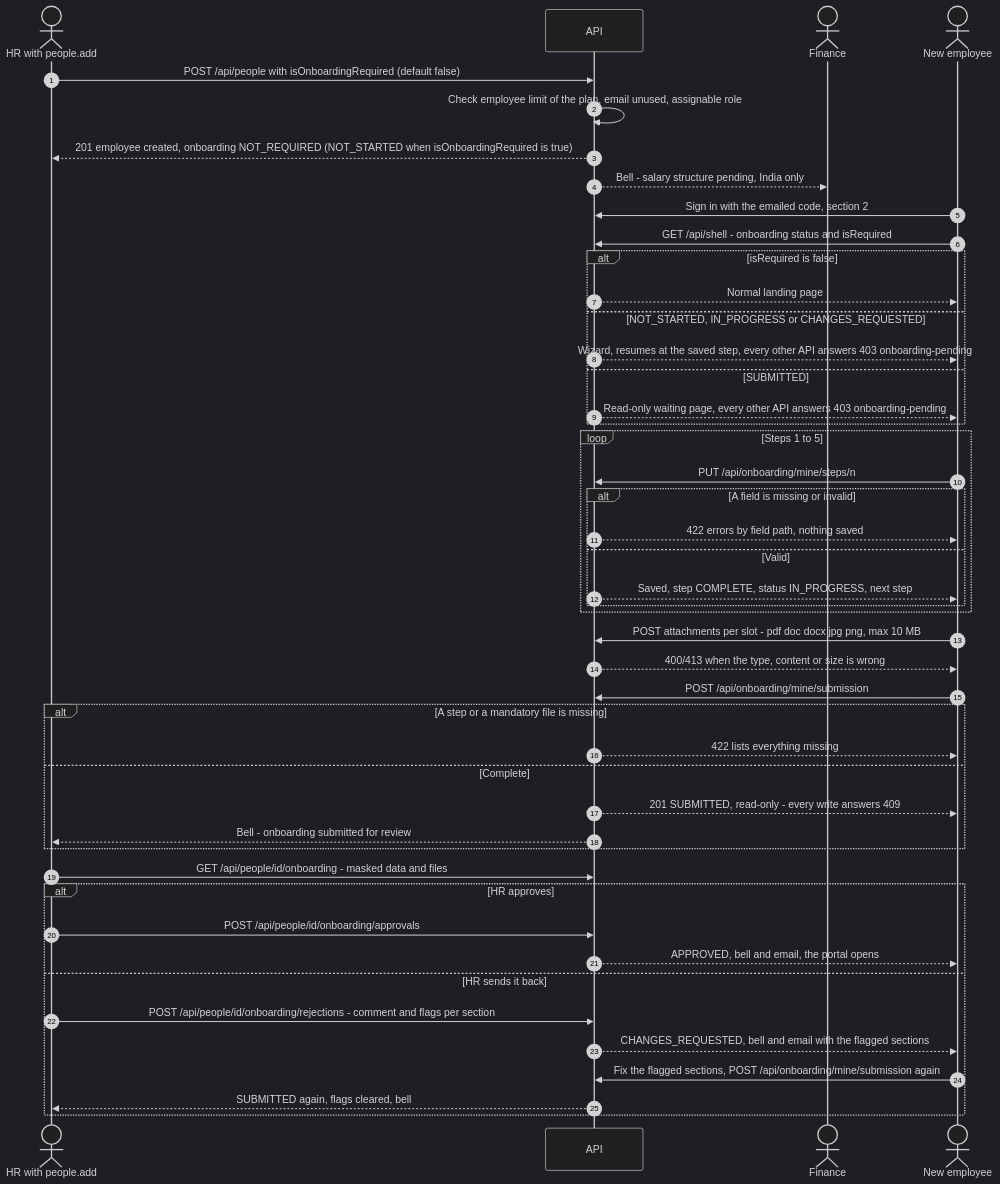
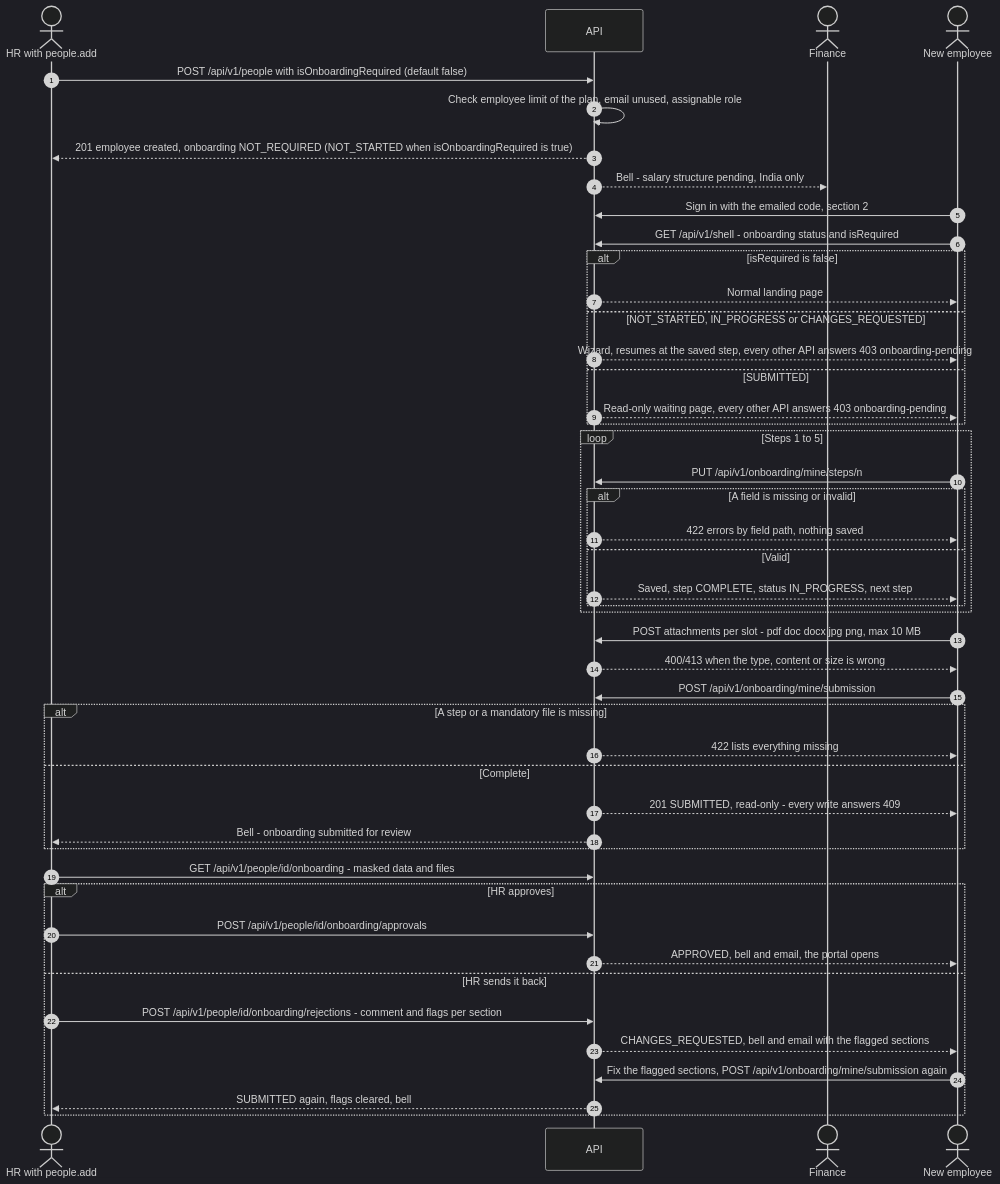
The fourth of 23 diagrams in references/FLOW-JurisOne.md (amitjurislpo/Juris-one), drawn with Mermaid (dark theme) before and after one commit. The commit also changed other lines of this file and 95 other files, not shown here.

````diff
--- a/references/FLOW-JurisOne.md
+++ b/references/FLOW-JurisOne.md
@@ -175,49 +175,49 @@
 ```mermaid
 sequenceDiagram
     autonumber
     actor HR as HR with people.add
     participant API as API
     actor FIN as Finance
     actor E as New employee
 
-    HR->>API: POST /api/people with isOnboardingRequired (default false)
+    HR->>API: POST /api/v1/people with isOnboardingRequired (default false)
     API->>API: Check employee limit of the plan, email unused, assignable role
     API-->>HR: 201 employee created, onboarding NOT_REQUIRED (NOT_STARTED when isOnboardingRequired is true)
     API-->>FIN: Bell - salary structure pending, India only
     E->>API: Sign in with the emailed code, section 2
-    E->>API: GET /api/shell - onboarding status and isRequired
+    E->>API: GET /api/v1/shell - onboarding status and isRequired
     alt isRequired is false
         API-->>E: Normal landing page
     else NOT_STARTED, IN_PROGRESS or CHANGES_REQUESTED
         API-->>E: Wizard, resumes at the saved step, every other API answers 403 onboarding-pending
     else SUBMITTED
         API-->>E: Read-only waiting page, every other API answers 403 onboarding-pending
     end
     loop Steps 1 to 5
-        E->>API: PUT /api/onboarding/mine/steps/n
+        E->>API: PUT /api/v1/onboarding/mine/steps/n
         alt A field is missing or invalid
             API-->>E: 422 errors by field path, nothing saved
         else Valid
             API-->>E: Saved, step COMPLETE, status IN_PROGRESS, next step
         end
     end
     E->>API: POST attachments per slot - pdf doc docx jpg png, max 10 MB
     API-->>E: 400/413 when the type, content or size is wrong
-    E->>API: POST /api/onboarding/mine/submission
+    E->>API: POST /api/v1/onboarding/mine/submission
     alt A step or a mandatory file is missing
         API-->>E: 422 lists everything missing
     else Complete
         API-->>E: 201 SUBMITTED, read-only - every write answers 409
         API-->>HR: Bell - onboarding submitted for review
     end
-    HR->>API: GET /api/people/id/onboarding - masked data and files
+    HR->>API: GET /api/v1/people/id/onboarding - masked data and files
     alt HR approves
-        HR->>API: POST /api/people/id/onboarding/approvals
+        HR->>API: POST /api/v1/people/id/onboarding/approvals
         API-->>E: APPROVED, bell and email, the portal opens
     else HR sends it back
-        HR->>API: POST /api/people/id/onboarding/rejections - comment and flags per section
+        HR->>API: POST /api/v1/people/id/onboarding/rejections - comment and flags per section
         API-->>E: CHANGES_REQUESTED, bell and email with the flagged sections
-        E->>API: Fix the flagged sections, POST /api/onboarding/mine/submission again
+        E->>API: Fix the flagged sections, POST /api/v1/onboarding/mine/submission again
         API-->>HR: SUBMITTED again, flags cleared, bell
     end
 ```
````
